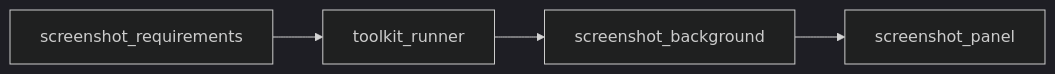
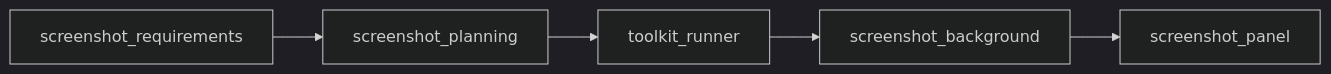
The diagram in .claude/skills/screenshot-docs/references/screenshot-agents-overview.md (MeasnaLazi/design_ss), drawn with Mermaid (dark theme) before and after one commit. The commit also changed other lines of this file and 23 other files, not shown here.

````diff
--- a/.claude/skills/screenshot-docs/references/screenshot-agents-overview.md
+++ b/.claude/skills/screenshot-docs/references/screenshot-agents-overview.md
@@ -7,10 +7,12 @@
 ```mermaid
 flowchart LR
   R[screenshot_requirements]
+  P[screenshot_planning]
   TR[toolkit_runner]
   B[screenshot_background]
-  P[screenshot_panel]
-  R --> TR
+  PN[screenshot_panel]
+  R --> P
+  P --> TR
   TR --> B
-  B --> P
+  B --> PN
 ```
````
